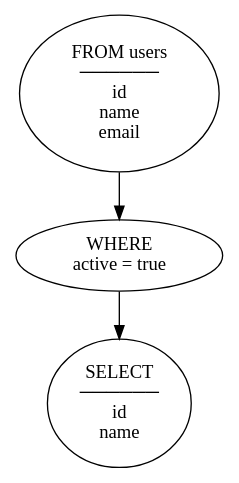
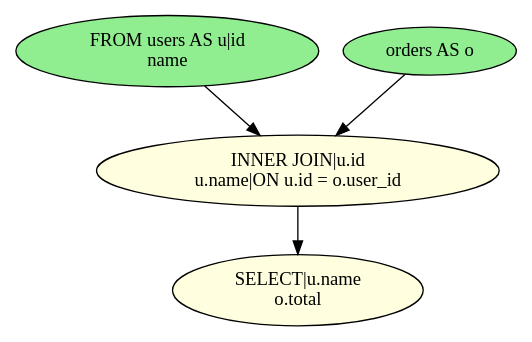
Before and after one commit to rot1024/sqloflow: the third of 3 diagrams in README.md, drawn with Graphviz. The commit also changed other lines of this file and 76 other files, not shown here.

Commit message:
feat: improve expression format, join node, column names

````diff
--- a/README.md
+++ b/README.md
@@ -208,10 +215,12 @@
 ```dot
 digraph {
-  node_0 [label="FROM users\n──────\nid\nname\nemail"];
-  node_1 [label="WHERE\nactive = true"];
-  node_2 [label="SELECT\n──────\nid\nname"];
-  
-  node_0 -> node_1;
+  node_0 [label="FROM users AS u|id\nname", style=filled, fillcolor=lightgreen];
+  node_1 [label="orders AS o", style=filled, fillcolor=lightgreen];
+  node_2 [label="INNER JOIN|u.id\nu.name|ON u.id = o.user_id", style=filled, fillcolor=lightyellow];
+  node_3 [label="SELECT|u.name\no.total", style=filled, fillcolor=lightyellow];
+
+  node_0 -> node_2;
   node_1 -> node_2;
+  node_2 -> node_3;
 }
 ```
````
